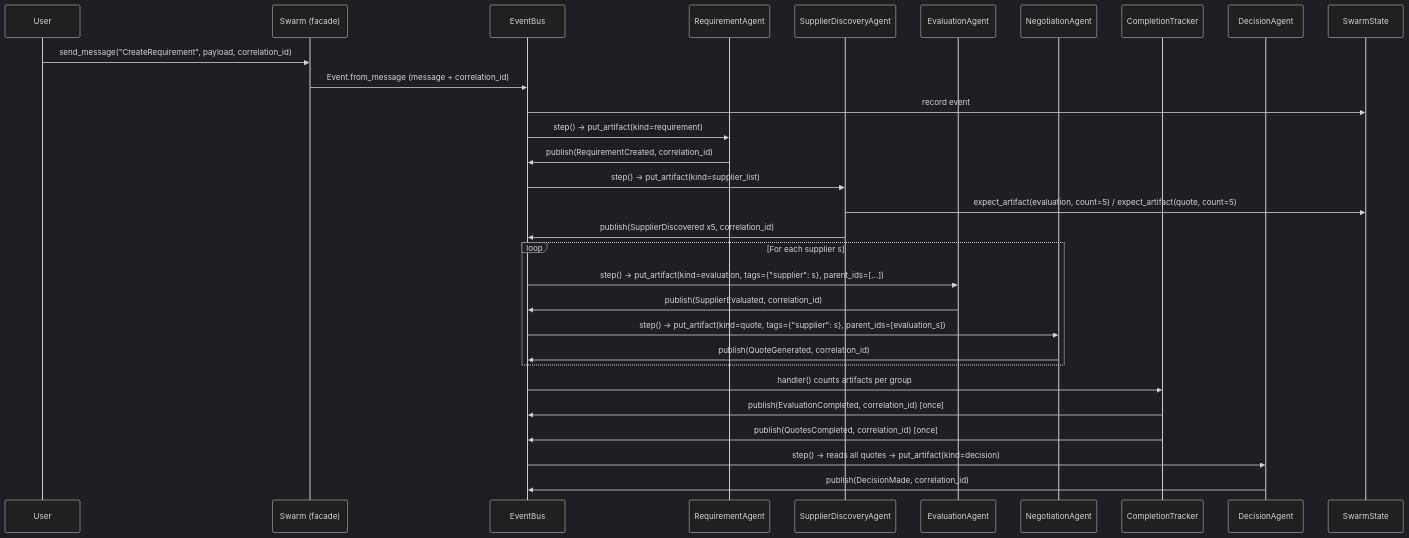
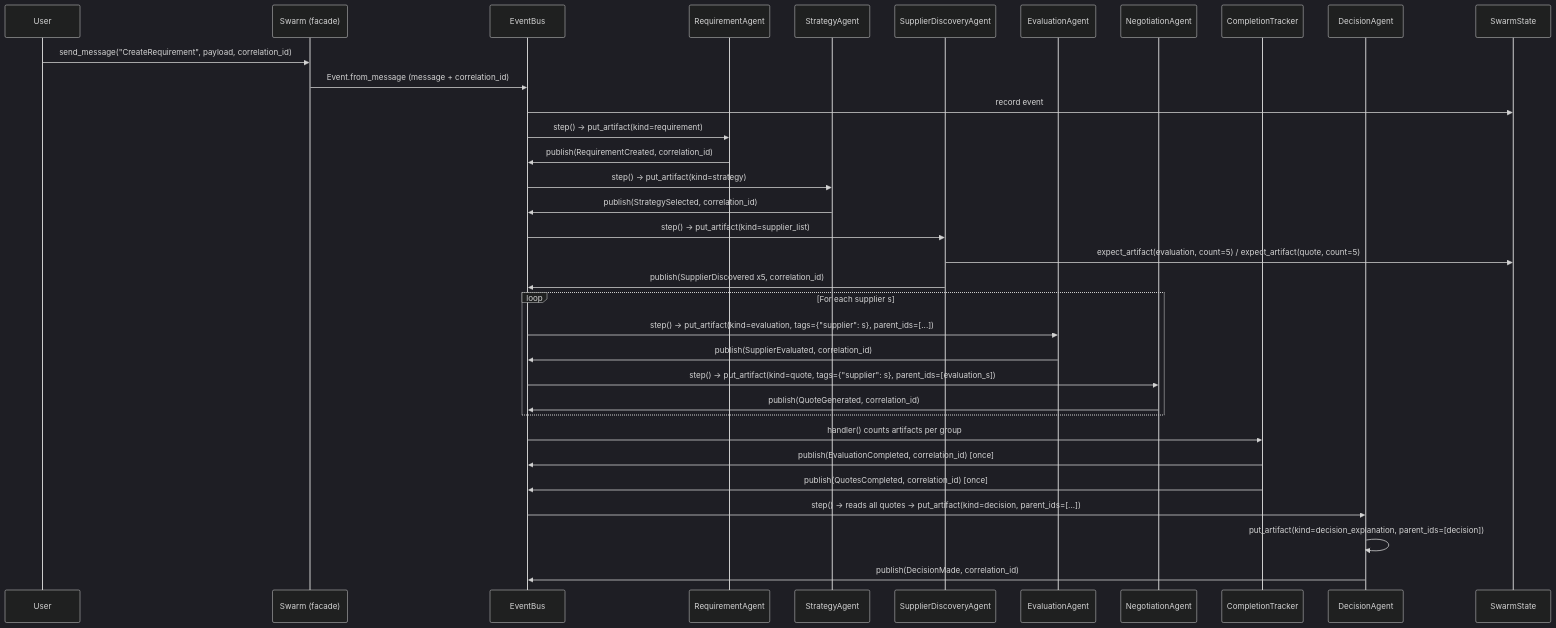
The second of 2 diagrams in docs/swarm-architecture.md (aragit/autonomous-procurement-swarm), drawn with Mermaid (dark theme) before and after one commit. The commit also changed other lines of this file and 17 other files, not shown here.

````diff
--- a/docs/swarm-architecture.md
+++ b/docs/swarm-architecture.md
@@ -76,35 +80,39 @@
 ```mermaid
 sequenceDiagram
     participant U as User
     participant S as Swarm (facade)
     participant B as EventBus
     participant RA as RequirementAgent
+    participant ST as StrategyAgent
     participant SDA as SupplierDiscoveryAgent
     participant EA as EvaluationAgent
     participant NA as NegotiationAgent
     participant CT as CompletionTracker
     participant DA as DecisionAgent
-    participant ST as SwarmState
+    participant STT as SwarmState
 
     U->>S: send_message("CreateRequirement", payload, correlation_id)
     S->>B: Event.from_message (message + correlation_id)
-    B->>ST: record event
+    B->>STT: record event
     B->>RA: step() → put_artifact(kind=requirement)
     RA->>B: publish(RequirementCreated, correlation_id)
+    B->>ST: step() → put_artifact(kind=strategy)
+    ST->>B: publish(StrategySelected, correlation_id)
     B->>SDA: step() → put_artifact(kind=supplier_list)
-    SDA->>ST: expect_artifact(evaluation, count=5) / expect_artifact(quote, count=5)
+    SDA->>STT: expect_artifact(evaluation, count=5) / expect_artifact(quote, count=5)
     SDA->>B: publish(SupplierDiscovered x5, correlation_id)
 
     loop For each supplier s
         B->>EA: step() → put_artifact(kind=evaluation, tags={"supplier": s}, parent_ids=[...])
         EA->>B: publish(SupplierEvaluated, correlation_id)
         B->>NA: step() → put_artifact(kind=quote, tags={"supplier": s}, parent_ids=[evaluation_s])
         NA->>B: publish(QuoteGenerated, correlation_id)
     end
 
     B->>CT: handler() counts artifacts per group
     CT->>B: publish(EvaluationCompleted, correlation_id) [once]
     CT->>B: publish(QuotesCompleted, correlation_id) [once]
-    B->>DA: step() → reads all quotes → put_artifact(kind=decision)
+    B->>DA: step() → reads all quotes → put_artifact(kind=decision, parent_ids=[...])
+    DA->>DA: put_artifact(kind=decision_explanation, parent_ids=[decision])
     DA->>B: publish(DecisionMade, correlation_id)
 ```
````
